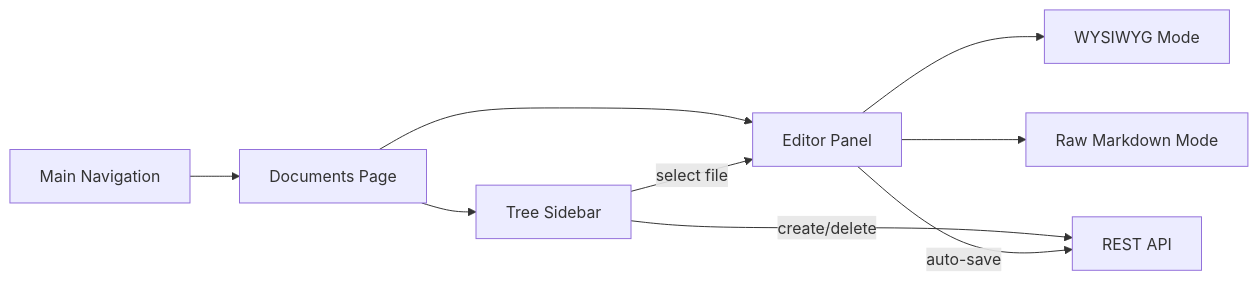
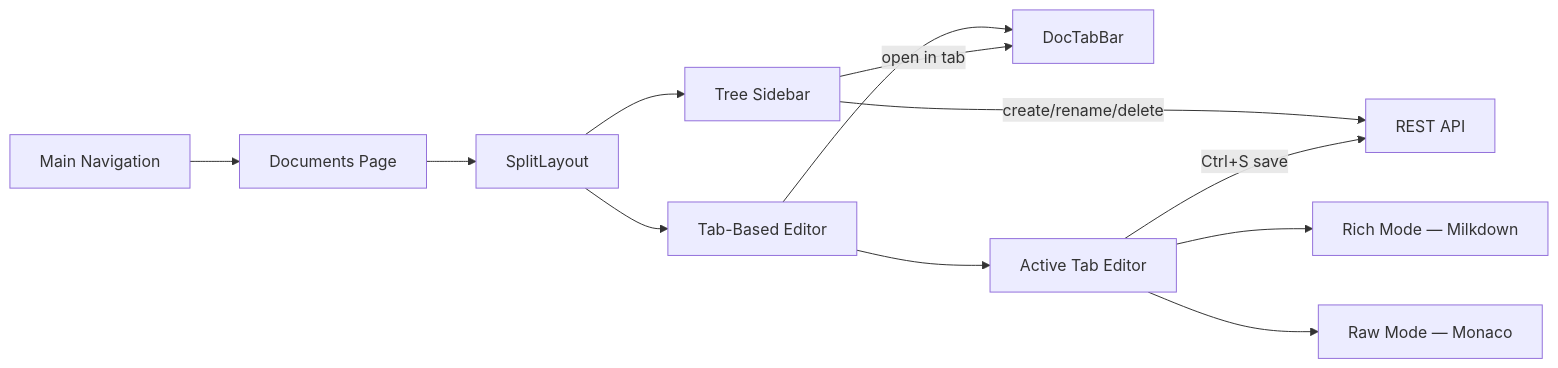
Before and after one commit to dagu-org/dagu: the fifth of 5 diagrams in rfcs/draft/024-markdown-docs.md, drawn with Mermaid. The commit also changed other lines of this file, not shown here.

````diff
--- a/rfcs/draft/024-markdown-docs.md
+++ b/rfcs/draft/024-markdown-docs.md
@@ -291,11 +539,14 @@
 ```mermaid
 flowchart LR
     Nav[Main Navigation] --> DocPage[Documents Page]
-    DocPage --> Tree[Tree Sidebar]
-    DocPage --> Editor[Editor Panel]
-    Editor --> WYSIWYG[WYSIWYG Mode]
-    Editor --> Raw[Raw Markdown Mode]
-    Tree -->|select file| Editor
-    Tree -->|create/delete| API[REST API]
-    Editor -->|auto-save| API
+    DocPage --> Split[SplitLayout]
+    Split --> Tree[Tree Sidebar]
+    Split --> TabEditor[Tab-Based Editor]
+    TabEditor --> TabBar[DocTabBar]
+    TabEditor --> Editor[Active Tab Editor]
+    Editor --> WYSIWYG[Rich Mode — Milkdown]
+    Editor --> Raw[Raw Mode — Monaco]
+    Tree -->|open in tab| TabBar
+    Tree -->|create/rename/delete| API[REST API]
+    Editor -->|Ctrl+S save| API
 ```
````
